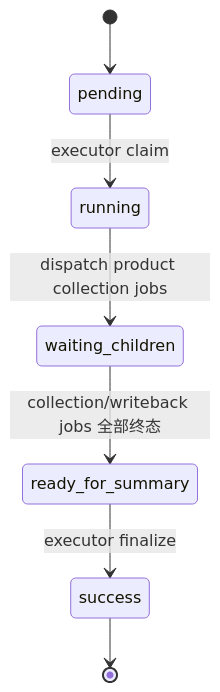
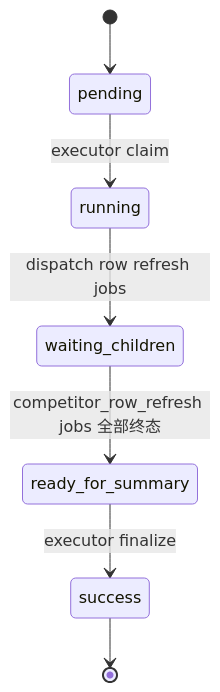
Before and after one commit to knighterrantsky/mujitask: the third of 5 diagrams in docs/arch/workflow-competitor-table-design.md, drawn with Mermaid. The commit also changed other lines of this file and 36 other files, not shown here.

Commit message:
Implement competitor row refresh pipeline

````diff
--- a/docs/arch/workflow-competitor-table-design.md
+++ b/docs/arch/workflow-competitor-table-design.md
@@ -124,9 +182,9 @@
 ```mermaid
 stateDiagram-v2
     [*] --> pending
     pending --> running: executor claim
-    running --> waiting_children: dispatch product collection jobs
-    waiting_children --> ready_for_summary: collection/writeback jobs 全部终态
+    running --> waiting_children: dispatch row refresh jobs
+    waiting_children --> ready_for_summary: competitor_row_refresh jobs 全部终态
     ready_for_summary --> success: executor finalize
     success --> [*]
 ```
````
